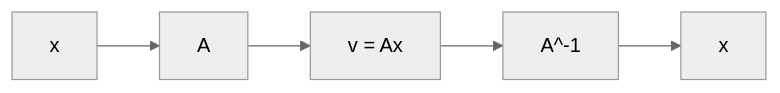
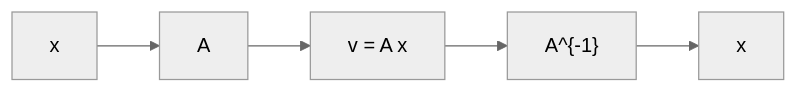
Before and after one commit to GabrielFerreiraAbel/Math-to-models: the fourth of 9 diagrams in algebralinear/RESUMO.MD, drawn with Mermaid (neutral theme). The commit also changed other lines of this file, not shown here.

````diff
--- a/algebralinear/RESUMO.MD
+++ b/algebralinear/RESUMO.MD
@@ -720,7 +720,7 @@
 ```mermaid
 flowchart LR
     X[x] --> A[A]
-    A --> V[v = Ax]
-    V --> Inv[A^-1]
+    A --> V[v = A x]
+    V --> Inv["A^{-1}"]
     Inv --> X2[x]
 ```
````
